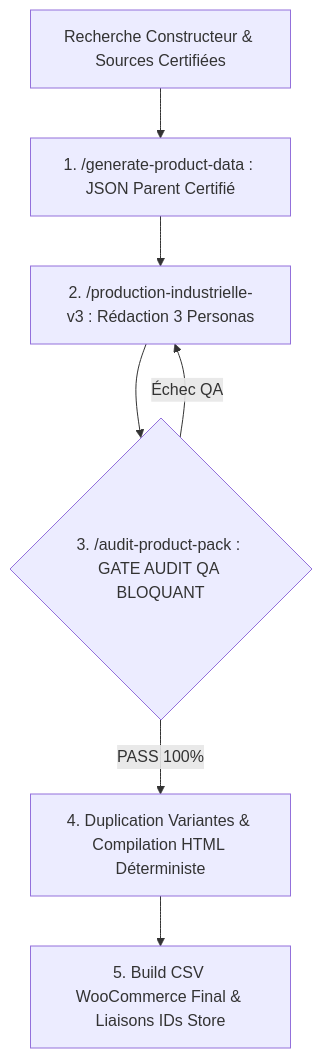
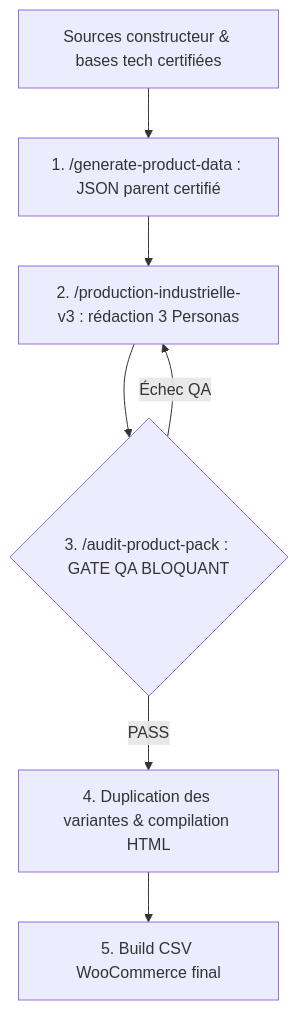
One commit to Cism-Ch/AI-Content-Management-and-PIM-workflow changed the diagram in README.md. Above: the diagram before and after it, drawn with Mermaid. The commit also changed other lines of this file and 32 other files, not shown here.

````diff
--- a/README.md
+++ b/README.md
@@ -61,9 +33,9 @@
 ```mermaid
 graph TD
-    A[Recherche Constructeur & Sources Certifiées] --> B[1. /generate-product-data : JSON Parent Certifié]
-    B --> C[2. /production-industrielle-v3 : Rédaction 3 Personas]
-    C --> D{3. /audit-product-pack : GATE AUDIT QA BLOQUANT}
-    D -- Échec QA --> C
-    D -- PASS 100% --> E[4. Duplication Variantes & Compilation HTML Déterministe]
-    E --> F[5. Build CSV WooCommerce Final & Liaisons IDs Store]
+    A["Sources constructeur & bases tech certifiées"] --> B["1. /generate-product-data : JSON parent certifié"]
+    B --> C["2. /production-industrielle-v3 : rédaction 3 Personas"]
+    C --> D{"3. /audit-product-pack : GATE QA BLOQUANT"}
+    D -- "Échec QA" --> C
+    D -- "PASS" --> E["4. Duplication des variantes & compilation HTML"]
+    E --> F["5. Build CSV WooCommerce final"]
 ```
````
